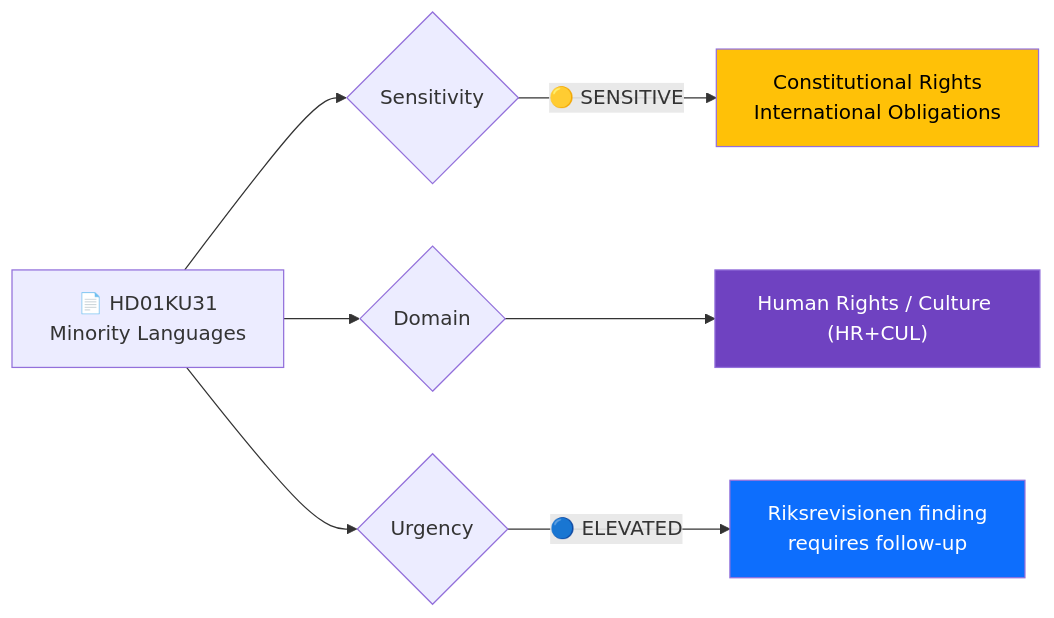
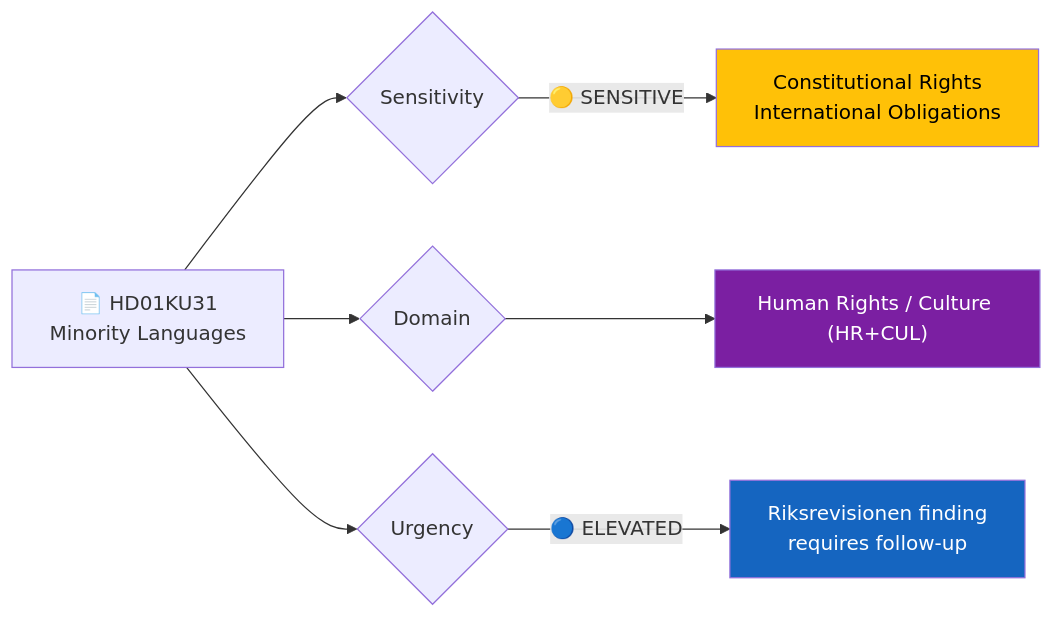
The first of 2 diagrams in analysis/daily/2026-03-27/committeeReports/documents/hd01ku31-analysis.md (Hack23/riksdagsmonitor), drawn with Mermaid before and after one commit. The commit also changed other lines of this file and 785 other files, not shown here.

First line of the commit message:
Normalize mermaid colors across 786 analysis artifacts to ISMS Style Guide palette

````diff
--- a/analysis/daily/2026-03-27/committeeReports/documents/hd01ku31-analysis.md
+++ b/analysis/daily/2026-03-27/committeeReports/documents/hd01ku31-analysis.md
@@ -32,15 +32,15 @@
 ```mermaid
 graph LR
     A["📄 HD01KU31<br/>Minority Languages"] --> B{Sensitivity}
     B -->|"🟡 SENSITIVE"| D["Constitutional Rights<br/>International Obligations"]
 
     A --> G{Domain}
     G --> H["Human Rights / Culture (HR+CUL)"]
 
     A --> I{Urgency}
     I -->|"🔵 ELEVATED"| L["Riksrevisionen finding<br/>requires follow-up"]
 
-    style D fill:#ffc107,color:#000
-    style H fill:#6f42c1,color:#fff
-    style L fill:#0d6efd,color:#fff
+    style D fill:#FFC107,color:#000000
+    style H fill:#7B1FA2,color:#FFFFFF
+    style L fill:#1565C0,color:#FFFFFF
 ```
````
